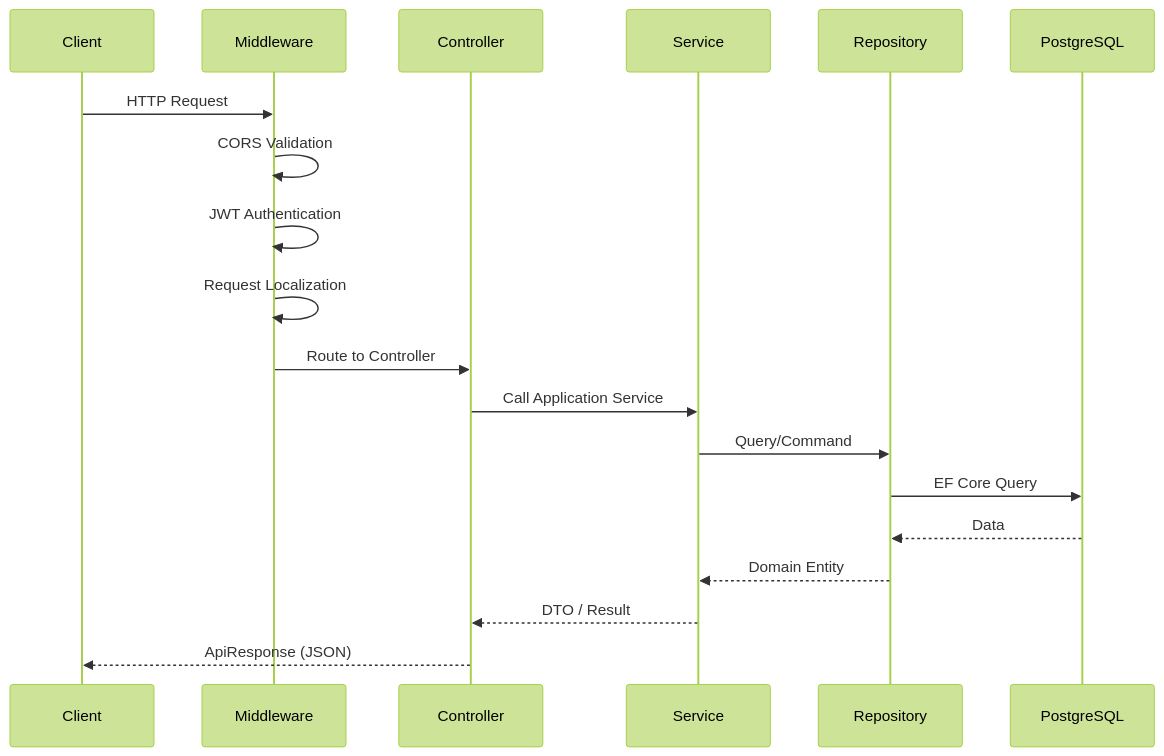
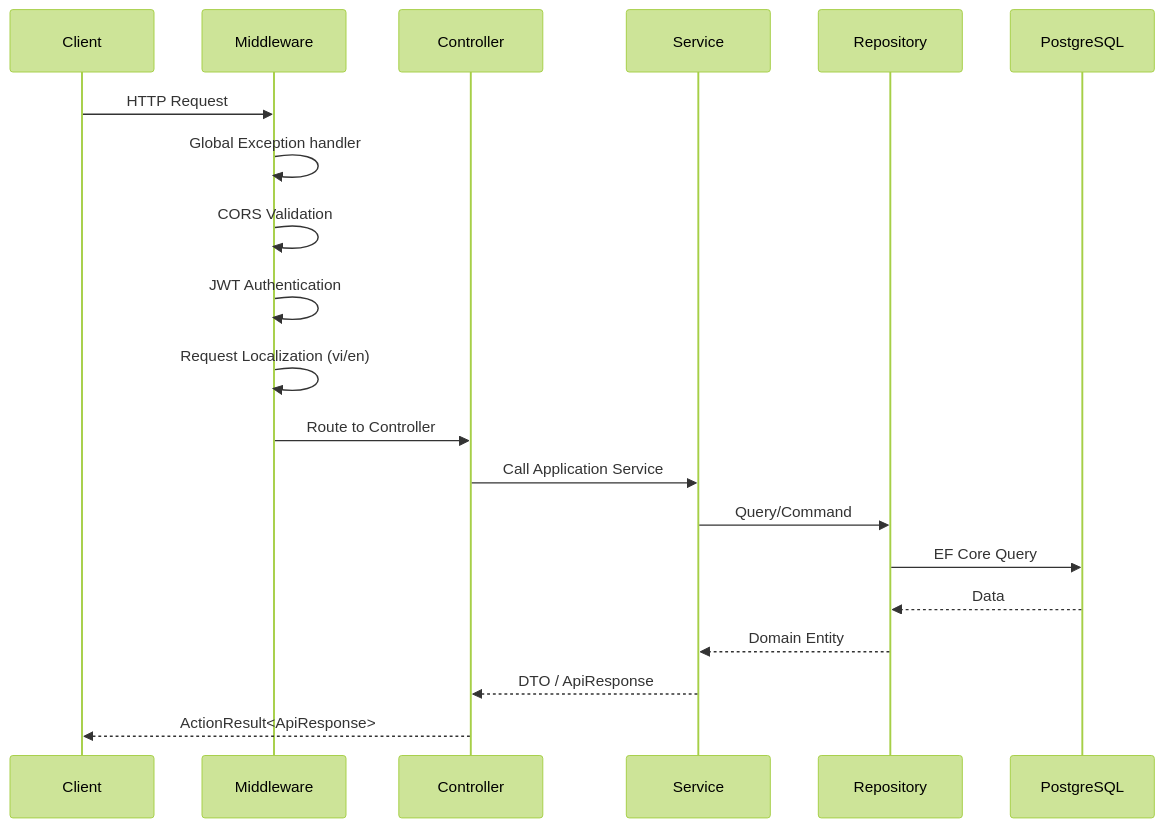
One commit to viettri2004/DACN_BE changed the third of 3 diagrams in README.md. Above: the diagram before and after it, drawn with Mermaid (forest theme). The commit also changed other lines of this file and 40 other files, not shown here.

````diff
--- a/README.md
+++ b/README.md
@@ -190,22 +196,23 @@
 ```mermaid
 sequenceDiagram
     participant C as Client
     participant MW as Middleware
     participant CTRL as Controller
     participant SVC as Service
     participant REPO as Repository
     participant DB as PostgreSQL
 
     C->>MW: HTTP Request
+    MW->>MW: Global Exception handler
     MW->>MW: CORS Validation
     MW->>MW: JWT Authentication
-    MW->>MW: Request Localization
+    MW->>MW: Request Localization (vi/en)
     MW->>CTRL: Route to Controller
     CTRL->>SVC: Call Application Service
     SVC->>REPO: Query/Command
     REPO->>DB: EF Core Query
     DB-->>REPO: Data
     REPO-->>SVC: Domain Entity
-    SVC-->>CTRL: DTO / Result
-    CTRL-->>C: ApiResponse (JSON)
+    SVC-->>CTRL: DTO / ApiResponse
+    CTRL-->>C: ActionResult<ApiResponse>
 ```
````
